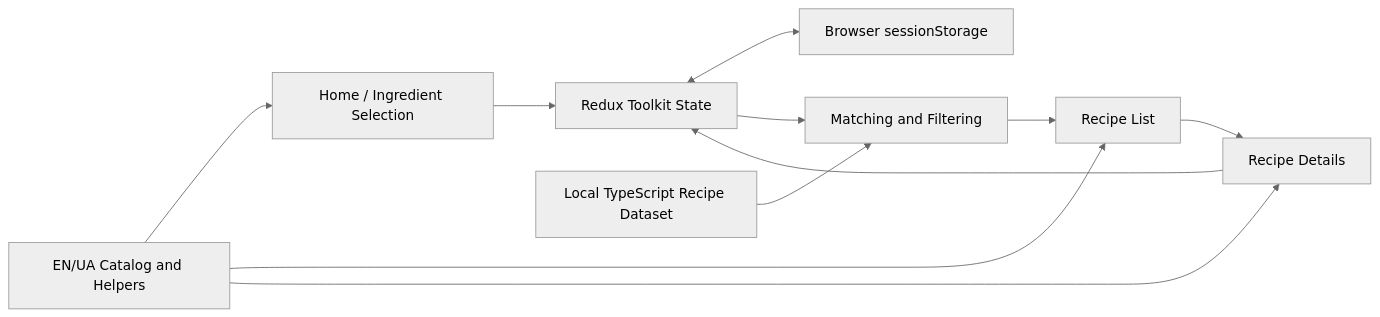
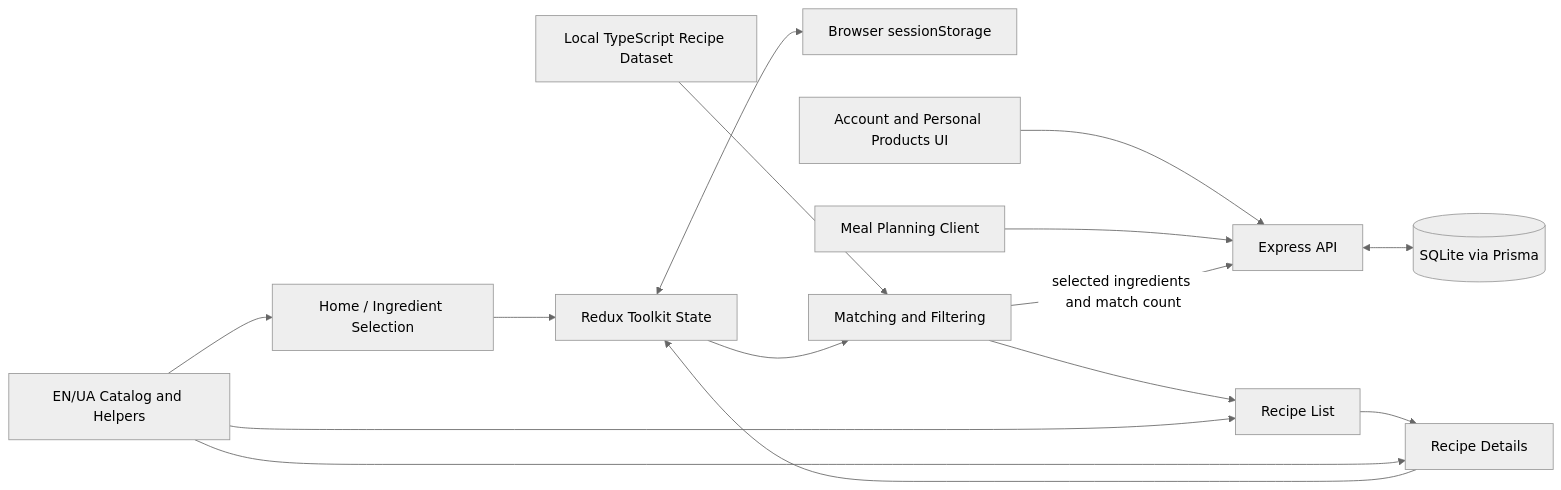
Before and after one commit to anastasiiapanasenko-svg/prompt-engineering-template: the diagram in docs/recipe-generator/architecture.md, drawn with Mermaid (neutral theme). The commit also changed other lines of this file and 76 other files, not shown here.

Commit message:
Add meal planner, custom products and bilingual autocomplete

````diff
--- a/docs/recipe-generator/architecture.md
+++ b/docs/recipe-generator/architecture.md
@@ -7,13 +7,17 @@
 ```mermaid
 flowchart LR
   Home[Home / Ingredient Selection] --> State[Redux Toolkit State]
   State <--> Session[Browser sessionStorage]
   Dataset[Local TypeScript Recipe Dataset] --> Matching[Matching and Filtering]
   State --> Matching
   Matching --> List[Recipe List]
   List --> Details[Recipe Details]
   Details --> State
+  Account[Account and Personal Products UI] --> API[Express API]
+  Planner[Meal Planning Client] --> API
+  API <--> Database[(SQLite via Prisma)]
+  Matching -->|selected ingredients and match count| API
   I18n[EN/UA Catalog and Helpers] --> Home
   I18n --> List
   I18n --> Details
 ```
````
